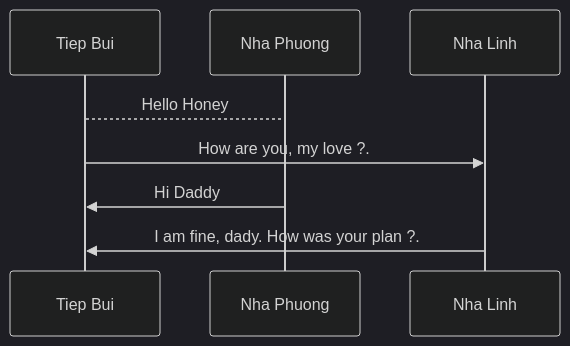
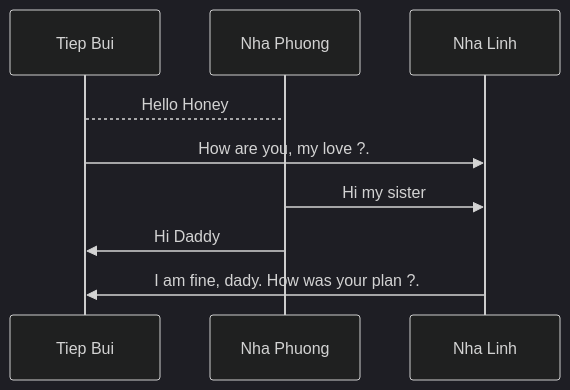
Before and after one commit to tiepbs/docker-important-commands: the diagram in README.md, drawn with Mermaid (dark theme).

Commit message:
edit sequenceDiagram in Readme.md 2nd time

````diff
--- a/README.md
+++ b/README.md
@@ -5,10 +5,8 @@
 ```mermaid
-
 sequenceDiagram
-
 Tiep Bui --> Nha Phuong: Hello Honey
 Tiep Bui ->> Nha Linh: How are you, my love ?.
+Nha Phuong ->> Nha Linh: Hi my sister
 Nha Phuong ->> Tiep Bui: Hi Daddy
 Nha Linh ->> Tiep Bui: I am fine, dady. How was your plan ?.
-
 ```
````
